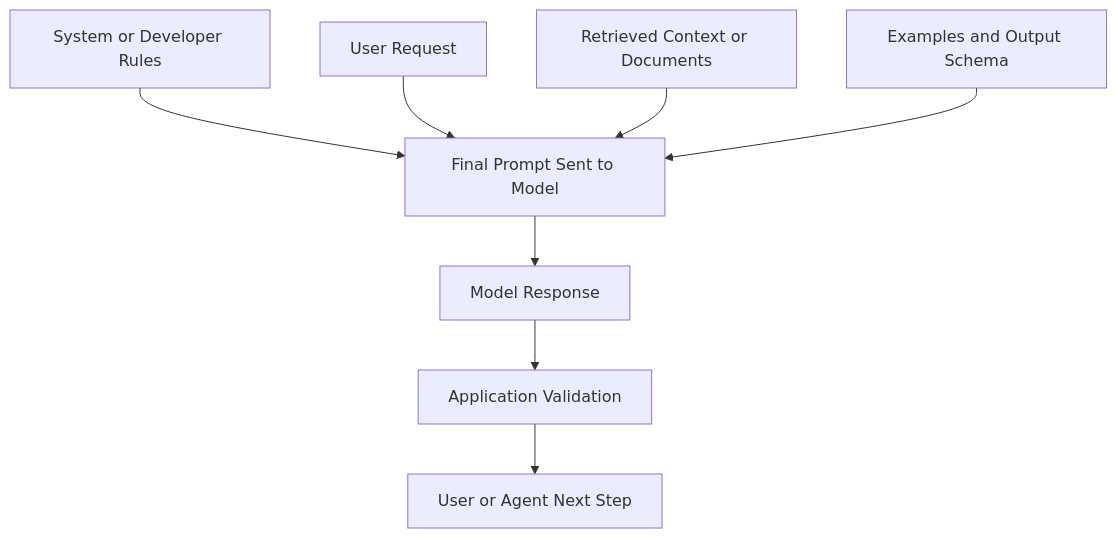
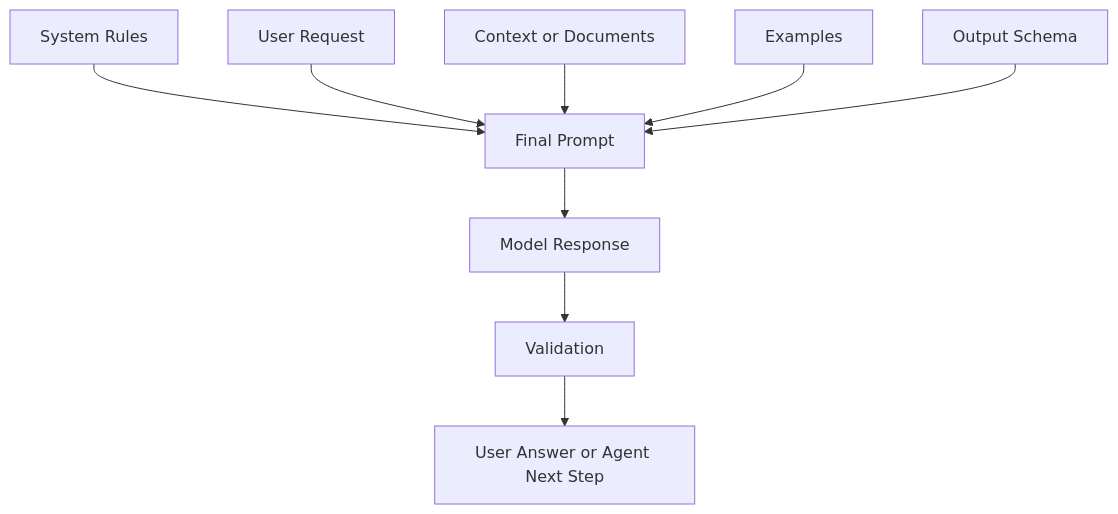
One commit to AceronX/ai-agent-roadmap changed the second of 8 diagrams in docs/stages/03-prompt-engineering/prompt-basics/index.md. Above: the diagram before and after it, drawn with Mermaid. The commit also changed other lines of this file and 1 other file, not shown here.

Commit message:
chore: update prompt-basics page ui

````diff
--- a/docs/stages/03-prompt-engineering/prompt-basics/index.md
+++ b/docs/stages/03-prompt-engineering/prompt-basics/index.md
@@ -110,10 +106,11 @@
 ```mermaid
 flowchart TD
-    A[System or Developer Rules] --> E[Final Prompt Sent to Model]
-    B[User Request] --> E
-    C[Retrieved Context or Documents] --> E
-    D[Examples and Output Schema] --> E
-    E --> F[Model Response]
-    F --> G[Application Validation]
-    G --> H[User or Agent Next Step]
+    A[System Rules] --> F[Final Prompt]
+    B[User Request] --> F
+    C[Context or Documents] --> F
+    D[Examples] --> F
+    E[Output Schema] --> F
+    F --> G[Model Response]
+    G --> H[Validation]
+    H --> I[User Answer or Agent Next Step]
 ```
````
